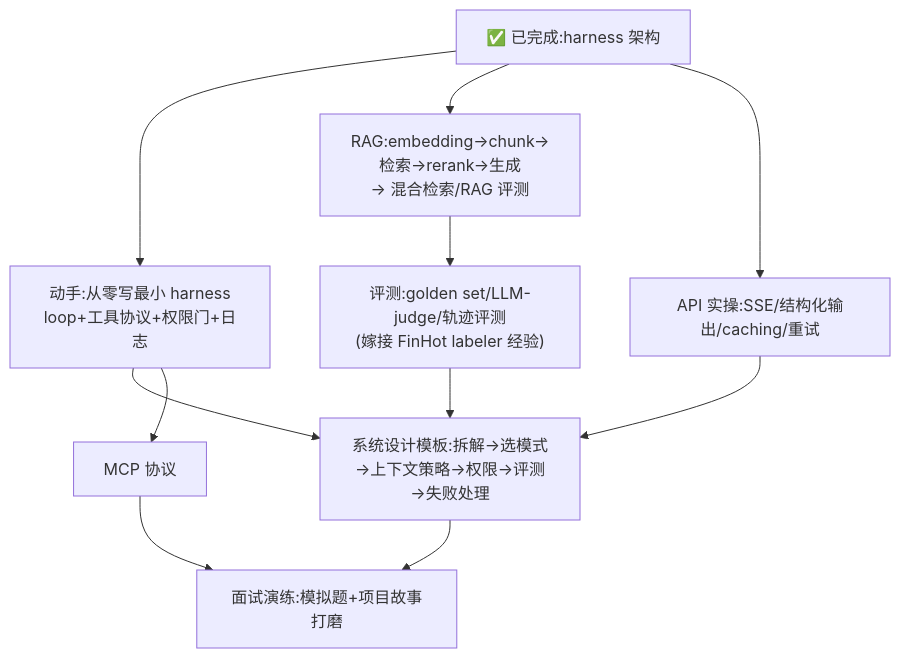
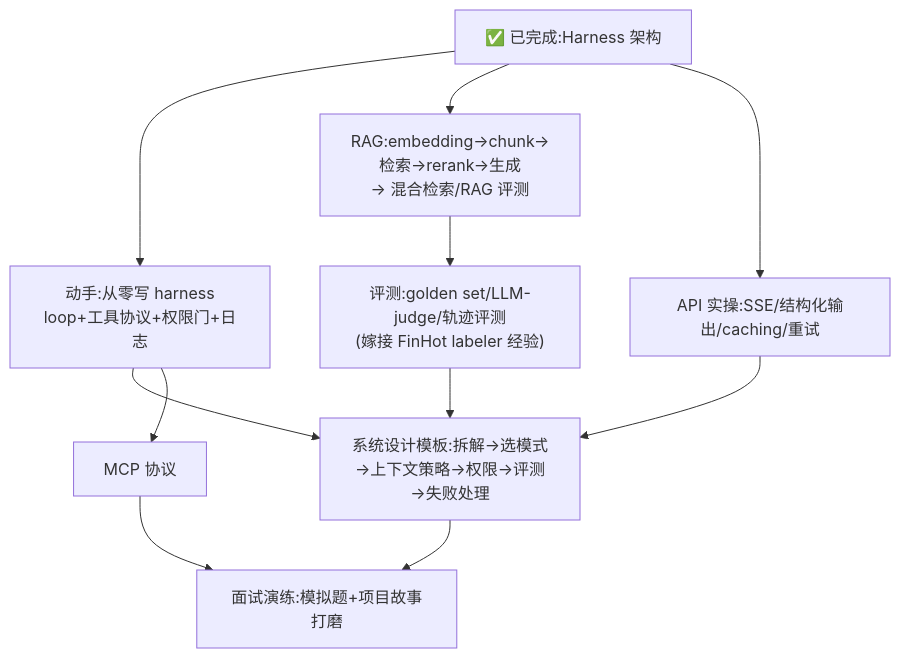
One commit to zo0043/learn-agent-harness changed the second of 2 diagrams in notes/agent-harness.md. Above: the diagram before and after it, drawn with Mermaid. The commit also changed other lines of this file and 34 other files, not shown here.

````diff
--- a/notes/agent-harness.md
+++ b/notes/agent-harness.md
@@ -396,13 +396,13 @@
 ```mermaid
 graph TD
-  H["✅ 已完成:harness 架构"] --> A["动手:从零写最小 harness<br/>loop+工具协议+权限门+日志"]
+  H["✅ 已完成:Harness 架构"] --> A["动手:从零写 harness<br/>loop+工具协议+权限门+日志"]
   H --> B["RAG:embedding→chunk→检索→rerank→生成<br/>→ 混合检索/RAG 评测"]
   H --> F["API 实操:SSE/结构化输出/caching/重试"]
   B --> E["评测:golden set/LLM-judge/轨迹评测<br/>(嫁接 FinHot labeler 经验)"]
   A --> C["系统设计模板:拆解→选模式→上下文策略→权限→评测→失败处理"]
   E --> C
   F --> C
   A --> M["MCP 协议"]
   C --> Z["面试演练:模拟题+项目故事打磨"]
   M --> Z
 ```
````
